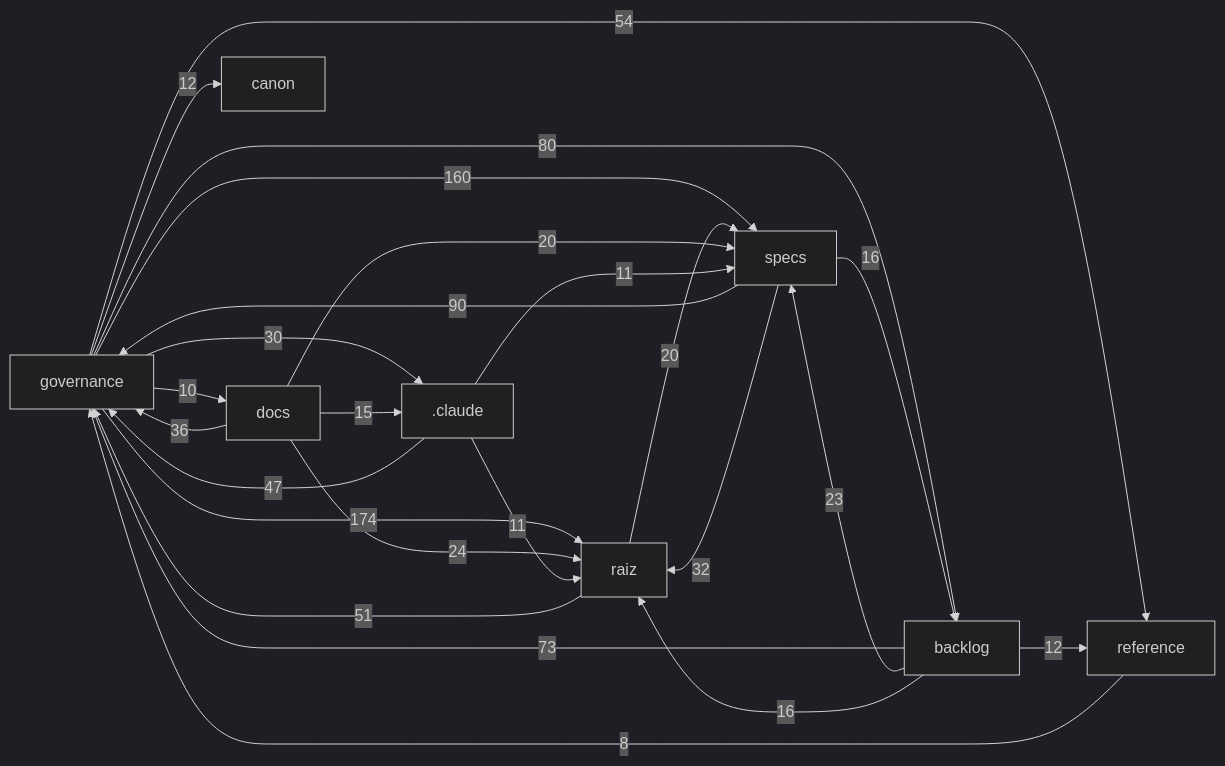
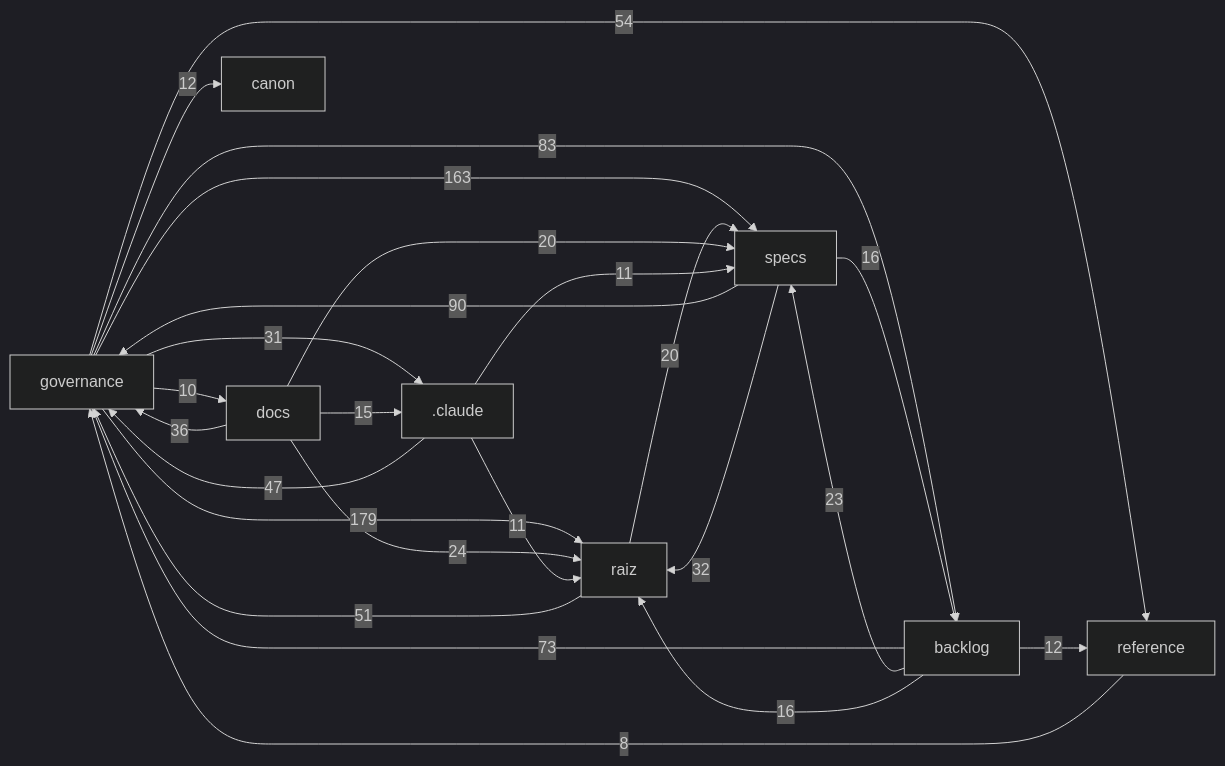
Before and after one commit to Andraus35/Sistema-Operacional-de-Trading--SOT: the diagram in docs/mapa/MAPA-PROJETO.md, drawn with Mermaid (dark theme). The commit also changed other lines of this file and 3 other files, not shown here.

````diff
--- a/docs/mapa/MAPA-PROJETO.md
+++ b/docs/mapa/MAPA-PROJETO.md
@@ -30,27 +29,27 @@
 ```mermaid
 flowchart LR
-  governance["governance"] -->|174| raiz["raiz"]
-  governance["governance"] -->|160| specs["specs"]
+  governance["governance"] -->|179| raiz["raiz"]
+  governance["governance"] -->|163| specs["specs"]
   specs["specs"] -->|90| governance["governance"]
-  governance["governance"] -->|80| backlog["backlog"]
+  governance["governance"] -->|83| backlog["backlog"]
   backlog["backlog"] -->|73| governance["governance"]
   governance["governance"] -->|54| reference["reference"]
   raiz["raiz"] -->|51| governance["governance"]
   _claude[".claude"] -->|47| governance["governance"]
   docs["docs"] -->|36| governance["governance"]
   specs["specs"] -->|32| raiz["raiz"]
-  governance["governance"] -->|30| _claude[".claude"]
+  governance["governance"] -->|31| _claude[".claude"]
   docs["docs"] -->|24| raiz["raiz"]
   backlog["backlog"] -->|23| specs["specs"]
   raiz["raiz"] -->|20| specs["specs"]
   docs["docs"] -->|20| specs["specs"]
   backlog["backlog"] -->|16| raiz["raiz"]
   specs["specs"] -->|16| backlog["backlog"]
   docs["docs"] -->|15| _claude[".claude"]
   backlog["backlog"] -->|12| reference["reference"]
   governance["governance"] -->|12| canon["canon"]
   _claude[".claude"] -->|11| raiz["raiz"]
   _claude[".claude"] -->|11| specs["specs"]
   governance["governance"] -->|10| docs["docs"]
   reference["reference"] -->|8| governance["governance"]
 ```
````
